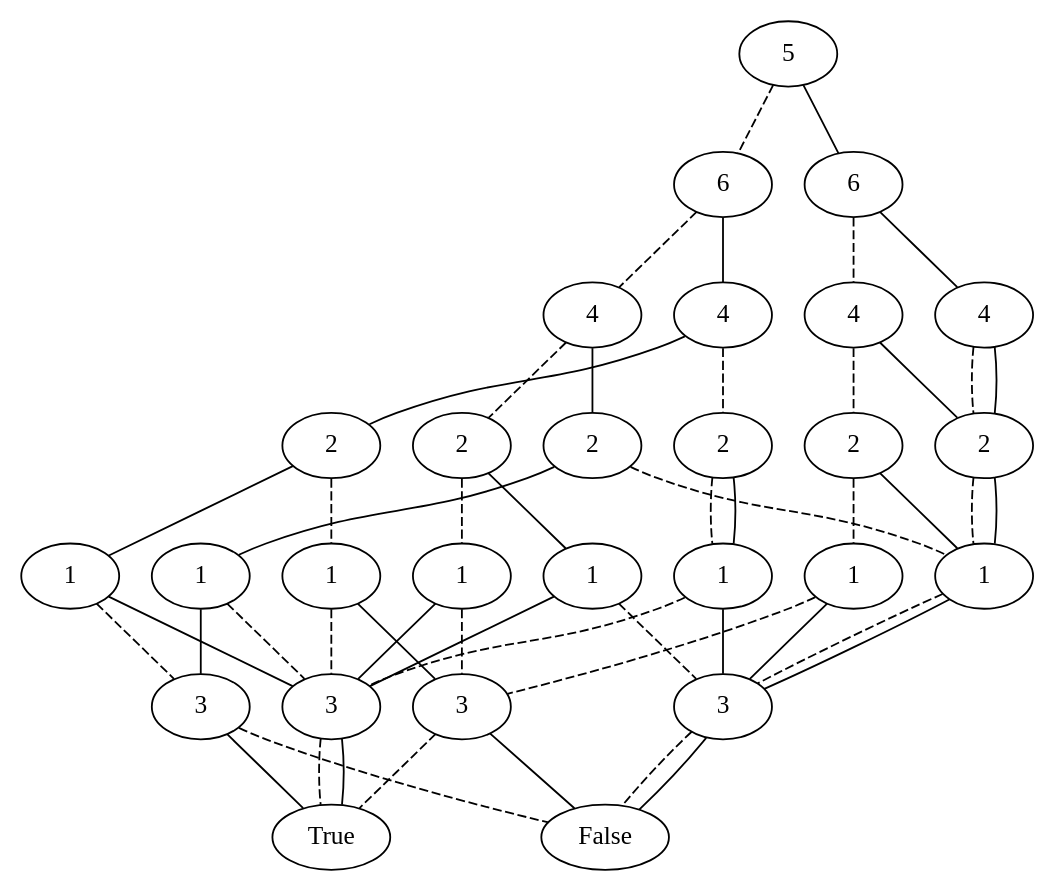
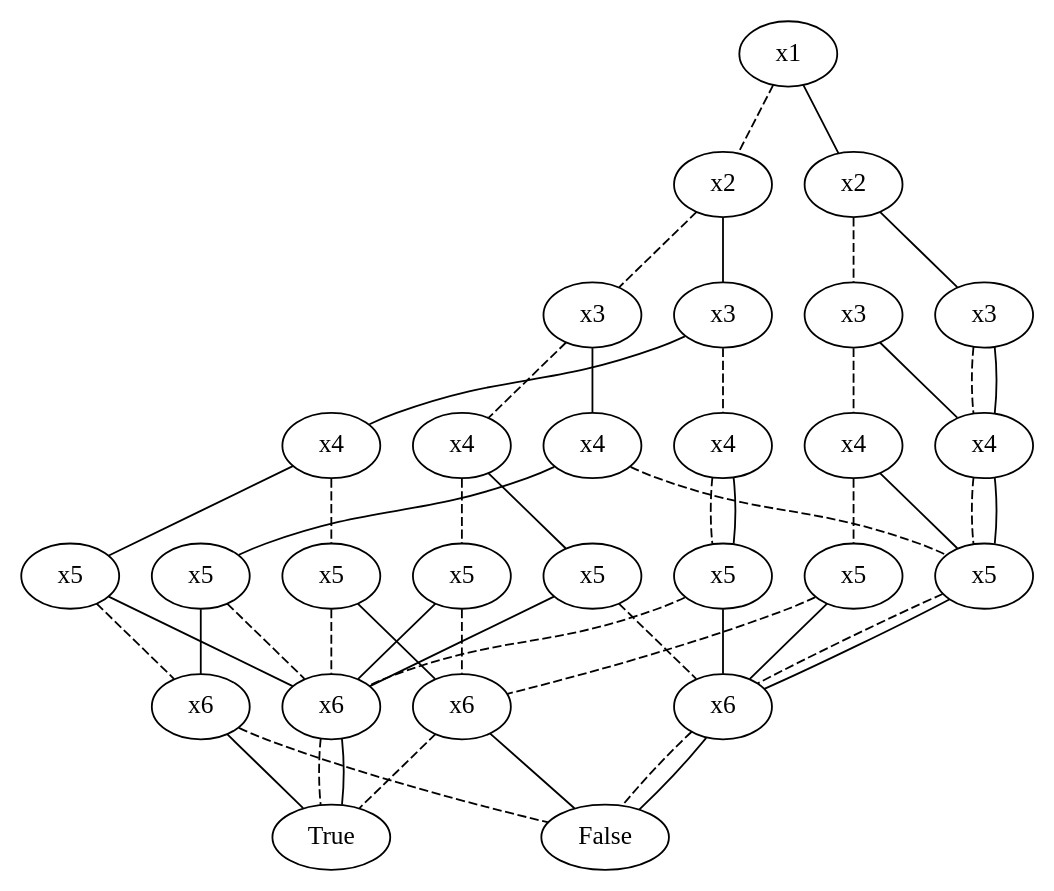
The diagram in graph_image/compressed_tree_3.gv (khiem2105/ROBDD), drawn with Graphviz before and after one commit. The commit also changed 32 other files, not shown here.

```diff
--- a/graph_image/compressed_tree_3.gv
+++ b/graph_image/compressed_tree_3.gv
@@ -1,79 +1,79 @@
 graph compressed_tree_3 {
-	140569656832640 [label=5]
-	140569656822080 [label=6]
-	140569656832640 -- 140569656822080 [style=dashed]
-	140569656822272 [label=4]
-	140569656822080 -- 140569656822272 [style=dashed]
-	140569656822464 [label=2]
-	140569656822272 -- 140569656822464 [style=dashed]
-	140569656822656 [label=1]
-	140569656822464 -- 140569656822656 [style=dashed]
-	140569657128560 [label=3]
-	140569656822656 -- 140569657128560 [style=dashed]
-	140569657128032 [label=True]
-	140569657128560 -- 140569657128032 [style=dashed]
-	140569657128800 [label=False]
-	140569657128560 -- 140569657128800
-	140569656822896 [label=3]
-	140569656822656 -- 140569656822896
-	140569656822896 -- 140569657128032 [style=dashed]
-	140569656822896 -- 140569657128032
-	140569656823376 [label=1]
-	140569656822464 -- 140569656823376
-	140569657130096 [label=3]
-	140569656823376 -- 140569657130096 [style=dashed]
-	140569657130096 -- 140569657128800 [style=dashed]
-	140569657130096 -- 140569657128800
-	140569656823376 -- 140569656822896
-	140569656823712 [label=2]
-	140569656822272 -- 140569656823712
-	140569656800208 [label=1]
-	140569656823712 -- 140569656800208 [style=dashed]
-	140569656800208 -- 140569657130096 [style=dashed]
-	140569656800208 -- 140569657130096
-	140569656801024 [label=1]
-	140569656823712 -- 140569656801024
-	140569656801024 -- 140569656822896 [style=dashed]
-	140569657128608 [label=3]
-	140569656801024 -- 140569657128608
-	140569657128608 -- 140569657128800 [style=dashed]
-	140569657128608 -- 140569657128032
-	140569656800112 [label=4]
-	140569656822080 -- 140569656800112
-	140569656802368 [label=2]
-	140569656800112 -- 140569656802368 [style=dashed]
-	140569656802560 [label=1]
-	140569656802368 -- 140569656802560 [style=dashed]
-	140569656802560 -- 140569656822896 [style=dashed]
-	140569656802560 -- 140569657130096
-	140569656802368 -- 140569656802560
-	140569656803824 [label=2]
-	140569656800112 -- 140569656803824
-	140569656804928 [label=1]
-	140569656803824 -- 140569656804928 [style=dashed]
-	140569656804928 -- 140569656822896 [style=dashed]
-	140569656804928 -- 140569657128560
-	140569656804832 [label=1]
-	140569656803824 -- 140569656804832
-	140569656804832 -- 140569657128608 [style=dashed]
-	140569656804832 -- 140569656822896
-	140569656802032 [label=6]
-	140569656832640 -- 140569656802032
-	140569656807088 [label=4]
-	140569656802032 -- 140569656807088 [style=dashed]
-	140569656807232 [label=2]
-	140569656807088 -- 140569656807232 [style=dashed]
-	140569656806656 [label=1]
-	140569656807232 -- 140569656806656 [style=dashed]
-	140569656806656 -- 140569657128560 [style=dashed]
-	140569656806656 -- 140569657130096
-	140569656807232 -- 140569656800208
-	140569656832928 [label=2]
-	140569656807088 -- 140569656832928
-	140569656832928 -- 140569656800208 [style=dashed]
-	140569656832928 -- 140569656800208
-	140569656833888 [label=4]
-	140569656802032 -- 140569656833888
-	140569656833888 -- 140569656832928 [style=dashed]
-	140569656833888 -- 140569656832928
+	140331376565408 [label=x1]
+	140331402150480 [label=x2]
+	140331376565408 -- 140331402150480 [style=dashed]
+	140331402150672 [label=x3]
+	140331402150480 -- 140331402150672 [style=dashed]
+	140331402150912 [label=x4]
+	140331402150672 -- 140331402150912 [style=dashed]
+	140331402151056 [label=x5]
+	140331402150912 -- 140331402151056 [style=dashed]
+	140331402151248 [label=x6]
+	140331402151056 -- 140331402151248 [style=dashed]
+	140331402151440 [label=True]
+	140331402151248 -- 140331402151440 [style=dashed]
+	140331402151632 [label=False]
+	140331402151248 -- 140331402151632
+	140331402151296 [label=x6]
+	140331402151056 -- 140331402151296
+	140331402151296 -- 140331402151440 [style=dashed]
+	140331402151296 -- 140331402151440
+	140331402151728 [label=x5]
+	140331402150912 -- 140331402151728
+	140331402152208 [label=x6]
+	140331402151728 -- 140331402152208 [style=dashed]
+	140331402152208 -- 140331402151632 [style=dashed]
+	140331402152208 -- 140331402151632
+	140331402151728 -- 140331402151296
+	140331402152112 [label=x4]
+	140331402150672 -- 140331402152112
+	140331402153264 [label=x5]
+	140331402152112 -- 140331402153264 [style=dashed]
+	140331402153264 -- 140331402152208 [style=dashed]
+	140331402153264 -- 140331402152208
+	140331402153936 [label=x5]
+	140331402152112 -- 140331402153936
+	140331402153936 -- 140331402151296 [style=dashed]
+	140331402118192 [label=x6]
+	140331402153936 -- 140331402118192
+	140331402118192 -- 140331402151632 [style=dashed]
+	140331402118192 -- 140331402151440
+	140331402153120 [label=x3]
+	140331402150480 -- 140331402153120
+	140331402118624 [label=x4]
+	140331402153120 -- 140331402118624 [style=dashed]
+	140331402118816 [label=x5]
+	140331402118624 -- 140331402118816 [style=dashed]
+	140331402118816 -- 140331402151296 [style=dashed]
+	140331402118816 -- 140331402152208
+	140331402118624 -- 140331402118816
+	140331402119920 [label=x4]
+	140331402153120 -- 140331402119920
+	140331402121024 [label=x5]
+	140331402119920 -- 140331402121024 [style=dashed]
+	140331402121024 -- 140331402151296 [style=dashed]
+	140331402121024 -- 140331402151248
+	140331402158480 [label=x5]
+	140331402119920 -- 140331402158480
+	140331402158480 -- 140331402118192 [style=dashed]
+	140331402158480 -- 140331402151296
+	140331402118288 [label=x2]
+	140331376565408 -- 140331402118288
+	140331402159824 [label=x3]
+	140331402118288 -- 140331402159824 [style=dashed]
+	140331402160016 [label=x4]
+	140331402159824 -- 140331402160016 [style=dashed]
+	140331402160208 [label=x5]
+	140331402160016 -- 140331402160208 [style=dashed]
+	140331402160208 -- 140331402151248 [style=dashed]
+	140331402160208 -- 140331402152208
+	140331402160016 -- 140331402153264
+	140331402161312 [label=x4]
+	140331402159824 -- 140331402161312
+	140331402161312 -- 140331402153264 [style=dashed]
+	140331402161312 -- 140331402153264
+	140331402191008 [label=x3]
+	140331402118288 -- 140331402191008
+	140331402191008 -- 140331402161312 [style=dashed]
+	140331402191008 -- 140331402161312
 }
```
